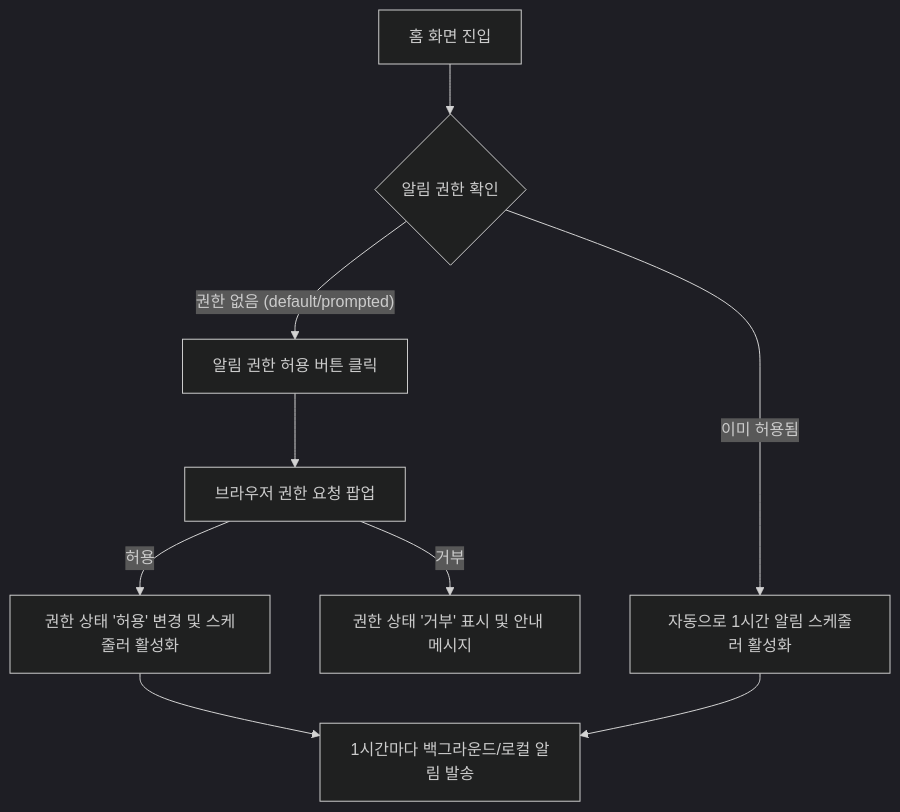
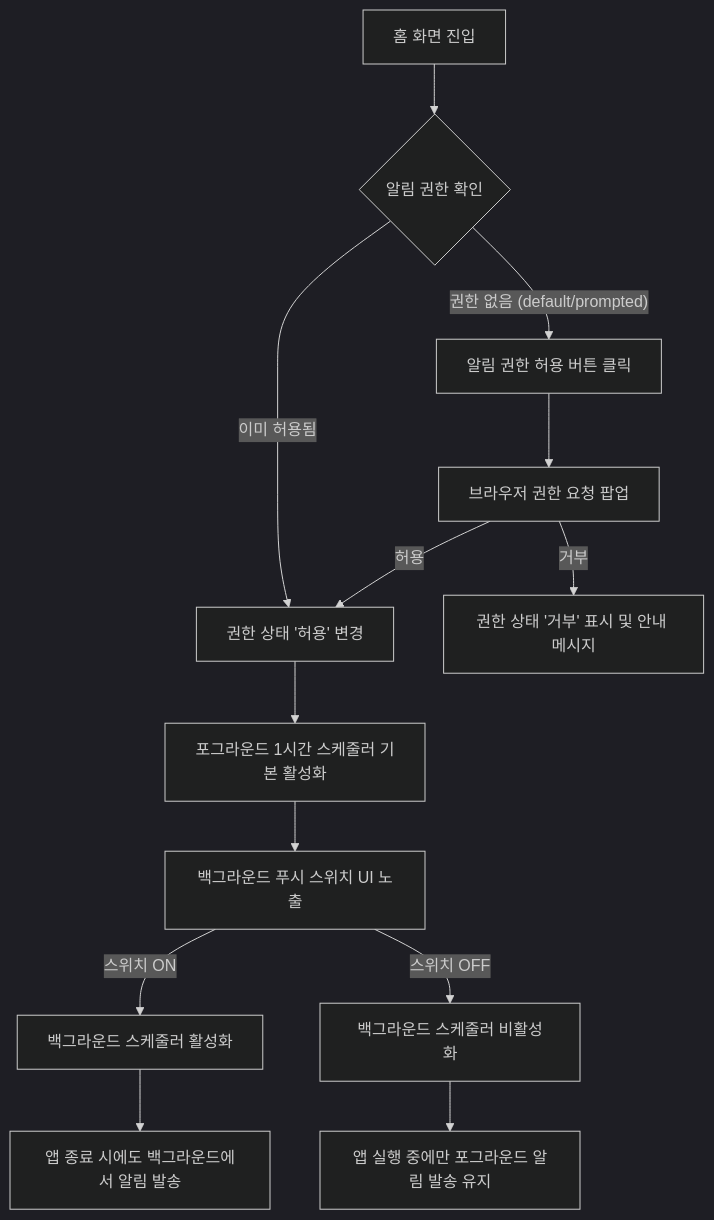
The first of 2 diagrams in docs/user-flow/push_notification_flow.md (mann-lab-apps/dimmer-switch), drawn with Mermaid (dark theme) before and after one commit. The commit also changed other lines of this file and 10 other files, not shown here.

````diff
--- a/docs/user-flow/push_notification_flow.md
+++ b/docs/user-flow/push_notification_flow.md
@@ -15,11 +17,15 @@
 ```mermaid
 flowchart TD
     A[홈 화면 진입] --> B{알림 권한 확인}
     B -- 권한 없음 (default/prompted) --> C[알림 권한 허용 버튼 클릭]
     C --> D[브라우저 권한 요청 팝업]
-    D -- 허용 --> E[권한 상태 '허용' 변경 및 스케줄러 활성화]
+    D -- 허용 --> E[권한 상태 '허용' 변경]
     D -- 거부 --> F[권한 상태 '거부' 표시 및 안내 메시지]
-    B -- 이미 허용됨 --> G[자동으로 1시간 알림 스케줄러 활성화]
-    E --> H[1시간마다 백그라운드/로컬 알림 발송]
-    G --> H
+    B -- 이미 허용됨 --> E
+    E --> K[포그라운드 1시간 스케줄러 기본 활성화]
+    K --> I[백그라운드 푸시 스위치 UI 노출]
+    I -- 스위치 ON --> G[백그라운드 스케줄러 활성화]
+    I -- 스위치 OFF --> J[백그라운드 스케줄러 비활성화]
+    G --> H[앱 종료 시에도 백그라운드에서 알림 발송]
+    J --> L[앱 실행 중에만 포그라운드 알림 발송 유지]
 ```
````
